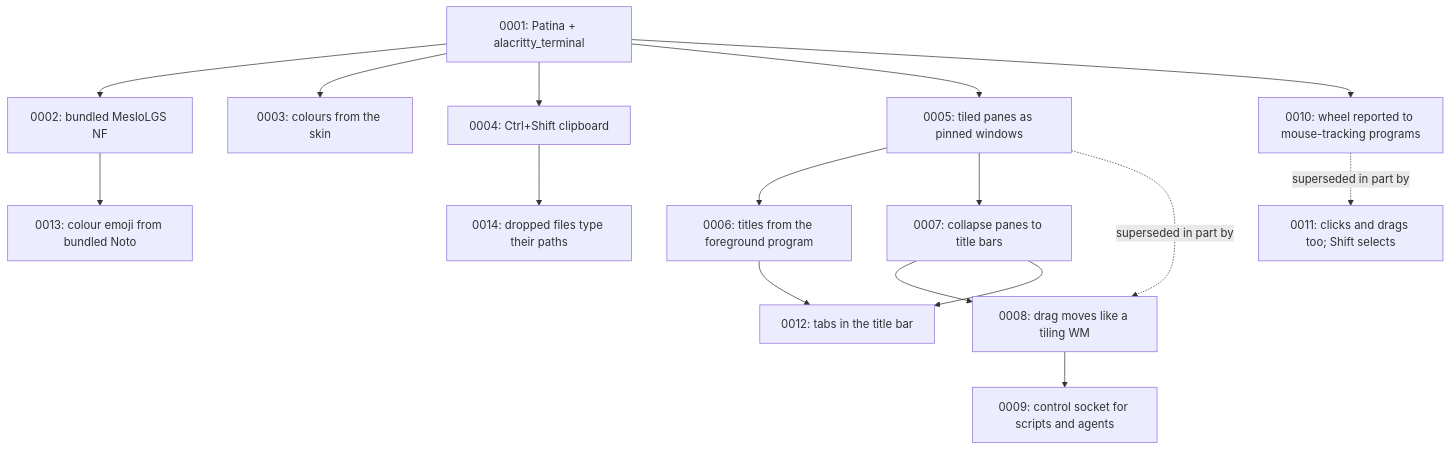
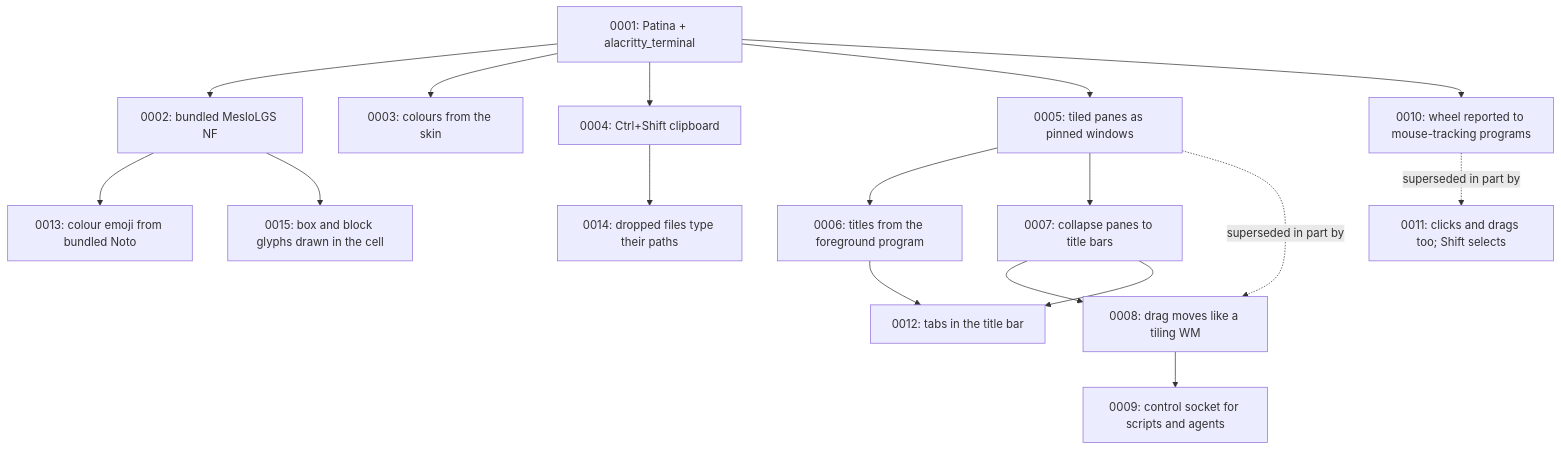
One commit to Sector-F-Labs/teleprinter changed the diagram in docs/adr/README.md. Above: the diagram before and after it, drawn with Mermaid. The commit also changed other lines of this file and 5 other files, not shown here.

Commit message:
Draw box drawing and block glyphs inside their cell (ADR-0015)

````diff
--- a/docs/adr/README.md
+++ b/docs/adr/README.md
@@ -62,18 +63,19 @@
 ```mermaid
 flowchart TD
     A[0001: Patina + alacritty_terminal] --> B[0002: bundled MesloLGS NF]
     A --> C[0003: colours from the skin]
     A --> D[0004: Ctrl+Shift clipboard]
     A --> E[0005: tiled panes as pinned windows]
     E --> F[0006: titles from the foreground program]
     E --> G[0007: collapse panes to title bars]
     E -.superseded in part by.-> H[0008: drag moves like a tiling WM]
     G --> H
     H --> I[0009: control socket for scripts and agents]
     A --> J[0010: wheel reported to mouse-tracking programs]
     J -.superseded in part by.-> K[0011: clicks and drags too; Shift selects]
     F --> L[0012: tabs in the title bar]
     G --> L
     B --> M[0013: colour emoji from bundled Noto]
     D --> N[0014: dropped files type their paths]
+    B --> O[0015: box and block glyphs drawn in the cell]
 ```
````
